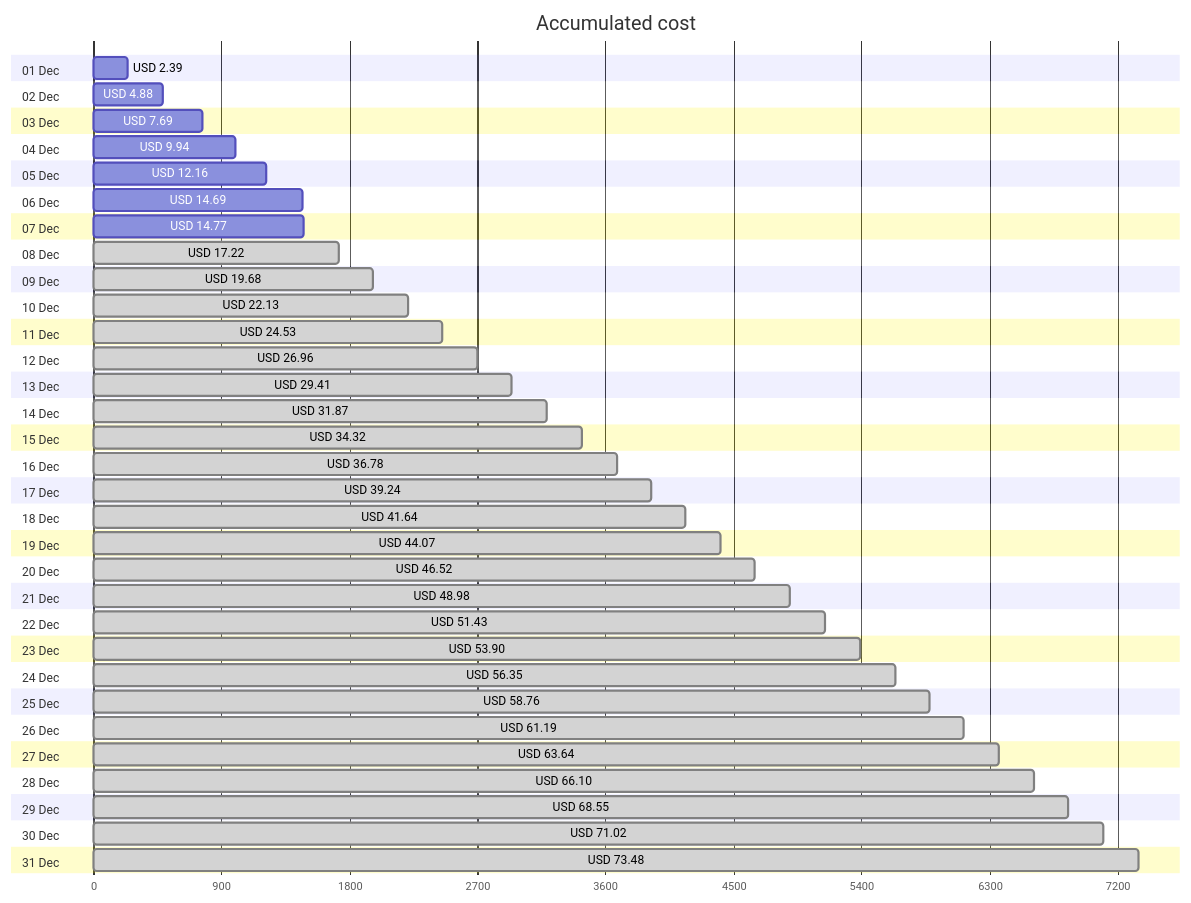
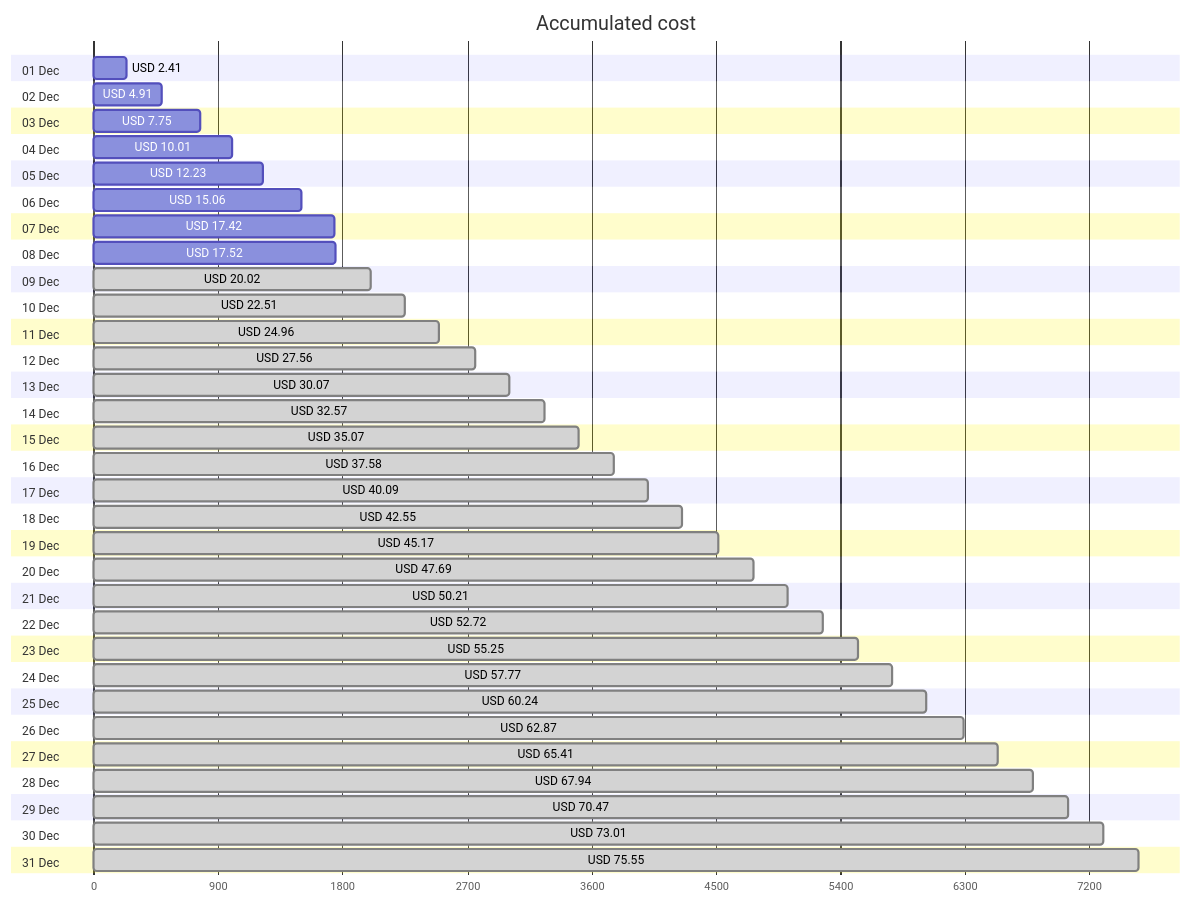
Before and after one commit to jpfulton/azure-personal-reports: the first of 4 diagrams in cost-reports/accumulated-cost.md, drawn with Mermaid. The commit also changed other lines of this file and 4 other files, not shown here.

````diff
--- a/cost-reports/accumulated-cost.md
+++ b/cost-reports/accumulated-cost.md
@@ -20,68 +20,68 @@
 ```mermaid
 gantt
    title Accumulated cost
    dateFormat  X
    axisFormat %s
    section 01 Dec
-   USD 2.39 :0, 239
+   USD 2.41 :0, 241
    section 02 Dec
-   USD 4.88 :0, 488
+   USD 4.91 :0, 491
    section 03 Dec
-   USD 7.69 :0, 769
+   USD 7.75 :0, 775
    section 04 Dec
-   USD 9.94 :0, 994
+   USD 10.01 :0, 1001
    section 05 Dec
-   USD 12.16 :0, 1216
+   USD 12.23 :0, 1223
    section 06 Dec
-   USD 14.69 :0, 1469
+   USD 15.06 :0, 1506
    section 07 Dec
-   USD 14.77 :0, 1477
+   USD 17.42 :0, 1742
    section 08 Dec
-   USD 17.22 : done, 0, 1722
+   USD 17.52 :0, 1752
    section 09 Dec
-   USD 19.68 : done, 0, 1968
+   USD 20.02 : done, 0, 2002
    section 10 Dec
-   USD 22.13 : done, 0, 2213
+   USD 22.51 : done, 0, 2251
    section 11 Dec
-   USD 24.53 : done, 0, 2453
+   USD 24.96 : done, 0, 2496
    section 12 Dec
-   USD 26.96 : done, 0, 2696
+   USD 27.56 : done, 0, 2756
    section 13 Dec
-   USD 29.41 : done, 0, 2941
+   USD 30.07 : done, 0, 3007
    section 14 Dec
-   USD 31.87 : done, 0, 3187
+   USD 32.57 : done, 0, 3257
    section 15 Dec
-   USD 34.32 : done, 0, 3432
+   USD 35.07 : done, 0, 3507
    section 16 Dec
-   USD 36.78 : done, 0, 3678
+   USD 37.58 : done, 0, 3758
    section 17 Dec
-   USD 39.24 : done, 0, 3924
+   USD 40.09 : done, 0, 4009
    section 18 Dec
-   USD 41.64 : done, 0, 4164
+   USD 42.55 : done, 0, 4255
    section 19 Dec
-   USD 44.07 : done, 0, 4407
+   USD 45.17 : done, 0, 4517
    section 20 Dec
-   USD 46.52 : done, 0, 4652
+   USD 47.69 : done, 0, 4769
    section 21 Dec
-   USD 48.98 : done, 0, 4898
+   USD 50.21 : done, 0, 5021
    section 22 Dec
-   USD 51.43 : done, 0, 5143
+   USD 52.72 : done, 0, 5272
    section 23 Dec
-   USD 53.90 : done, 0, 5390
+   USD 55.25 : done, 0, 5525
    section 24 Dec
-   USD 56.35 : done, 0, 5635
+   USD 57.77 : done, 0, 5777
    section 25 Dec
-   USD 58.76 : done, 0, 5876
+   USD 60.24 : done, 0, 6024
    section 26 Dec
-   USD 61.19 : done, 0, 6119
+   USD 62.87 : done, 0, 6287
    section 27 Dec
-   USD 63.64 : done, 0, 6364
+   USD 65.41 : done, 0, 6541
    section 28 Dec
-   USD 66.10 : done, 0, 6610
+   USD 67.94 : done, 0, 6794
    section 29 Dec
-   USD 68.55 : done, 0, 6855
+   USD 70.47 : done, 0, 7047
    section 30 Dec
-   USD 71.02 : done, 0, 7102
+   USD 73.01 : done, 0, 7301
    section 31 Dec
-   USD 73.48 : done, 0, 7348
+   USD 75.55 : done, 0, 7555
 ```
````
